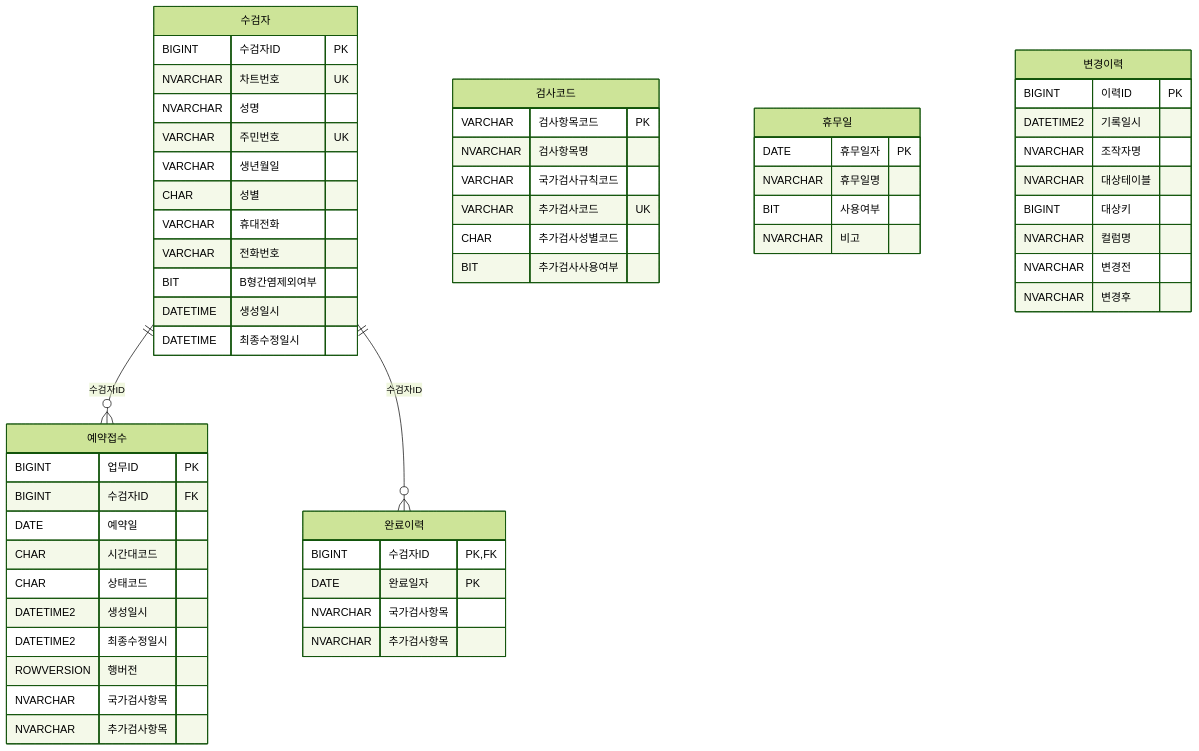
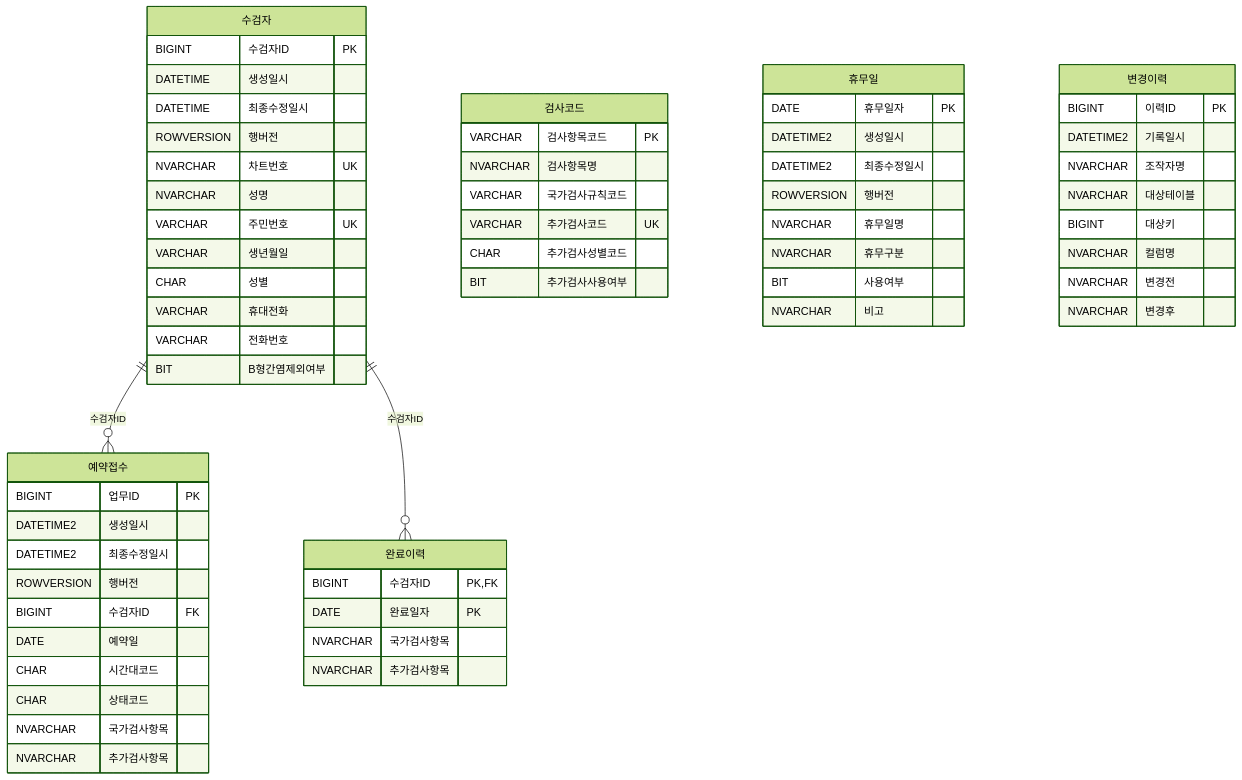
One commit to wotjr1649/HealthCheckupReservationReception changed the second of 2 diagrams in docs/baseline/04_DB_Design.md. Above: the diagram before and after it, drawn with Mermaid (forest theme). The commit also changed other lines of this file and 53 other files, not shown here.

````diff
--- a/docs/baseline/04_DB_Design.md
+++ b/docs/baseline/04_DB_Design.md
@@ -1479,67 +1524,72 @@
 ```mermaid
 erDiagram
     수검자 ||--o{ 예약접수 : "수검자ID"
     수검자 ||--o{ 완료이력 : "수검자ID"
 
 
     수검자 {
         BIGINT 수검자ID PK
+        DATETIME 생성일시
+        DATETIME 최종수정일시
+        ROWVERSION 행버전
         NVARCHAR 차트번호 UK
         NVARCHAR 성명
         VARCHAR 주민번호 UK
         VARCHAR 생년월일
         CHAR 성별
         VARCHAR 휴대전화
         VARCHAR 전화번호
         BIT B형간염제외여부
-        DATETIME 생성일시
-        DATETIME 최종수정일시
     }
 
     예약접수 {
         BIGINT 업무ID PK
+        DATETIME2 생성일시
+        DATETIME2 최종수정일시
+        ROWVERSION 행버전
         BIGINT 수검자ID FK
         DATE 예약일
         CHAR 시간대코드
         CHAR 상태코드
-        DATETIME2 생성일시
-        DATETIME2 최종수정일시
-        ROWVERSION 행버전
         NVARCHAR 국가검사항목
         NVARCHAR 추가검사항목
     }
 
     검사코드 {
         VARCHAR 검사항목코드 PK
         NVARCHAR 검사항목명
         VARCHAR 국가검사규칙코드
         VARCHAR 추가검사코드 UK
         CHAR 추가검사성별코드
         BIT 추가검사사용여부
     }
 
     휴무일 {
         DATE 휴무일자 PK
+        DATETIME2 생성일시
+        DATETIME2 최종수정일시
+        ROWVERSION 행버전
         NVARCHAR 휴무일명
+        NVARCHAR 휴무구분
         BIT 사용여부
         NVARCHAR 비고
     }
 
     완료이력 {
         BIGINT 수검자ID PK,FK
         DATE 완료일자 PK
         NVARCHAR 국가검사항목
         NVARCHAR 추가검사항목
     }
 
     변경이력 {
         BIGINT 이력ID PK
         DATETIME2 기록일시
         NVARCHAR 조작자명
         NVARCHAR 대상테이블
         BIGINT 대상키
         NVARCHAR 컬럼명
         NVARCHAR 변경전
         NVARCHAR 변경후
     }
 ```
````
